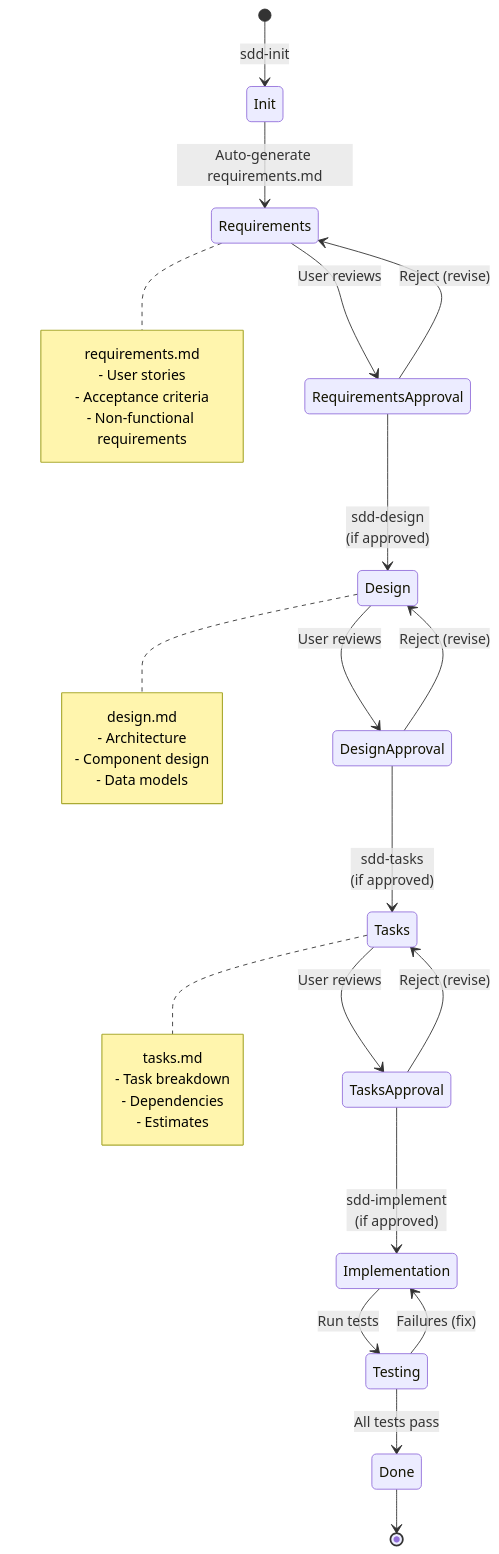
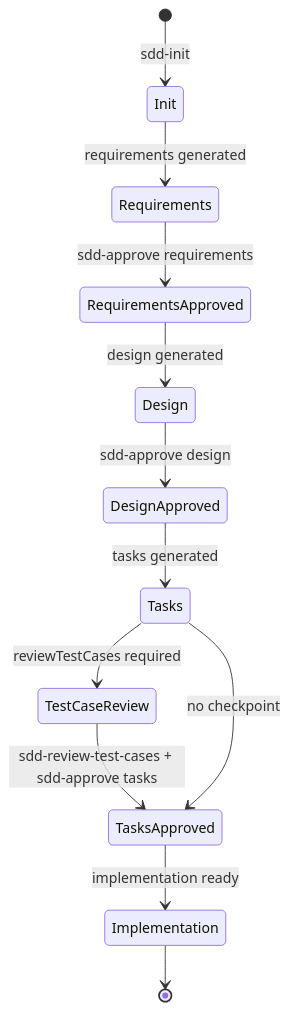
The fourth of 9 diagrams in ARCHITECTURE.md (yi-john-huang/sdd-mcp), drawn with Mermaid before and after one commit. The commit also changed other lines of this file and 31 other files, not shown here.

````diff
--- a/ARCHITECTURE.md
+++ b/ARCHITECTURE.md
@@ -341,45 +273,14 @@
 ```mermaid
 stateDiagram-v2
     [*] --> Init: sdd-init
-    
-    Init --> Requirements: Auto-generate requirements.md
-    Requirements --> RequirementsApproval: User reviews
-    
-    RequirementsApproval --> Design: sdd-design<br/>(if approved)
-    RequirementsApproval --> Requirements: Reject (revise)
-    
-    Design --> DesignApproval: User reviews
-    DesignApproval --> Tasks: sdd-tasks<br/>(if approved)
-    DesignApproval --> Design: Reject (revise)
-    
-    Tasks --> TasksApproval: User reviews
-    TasksApproval --> Implementation: sdd-implement<br/>(if approved)
-    TasksApproval --> Tasks: Reject (revise)
-    
-    Implementation --> Testing: Run tests
-    Testing --> Done: All tests pass
-    Testing --> Implementation: Failures (fix)
-    
-    Done --> [*]
-    
-    note right of Requirements
-        requirements.md
-        - User stories
-        - Acceptance criteria
-        - Non-functional requirements
-    end note
-    
-    note right of Design
-        design.md
-        - Architecture
-        - Component design
-        - Data models
-    end note
-    
-    note right of Tasks
-        tasks.md
-        - Task breakdown
-        - Dependencies
-        - Estimates
-    end note
+    Init --> Requirements: requirements generated
+    Requirements --> RequirementsApproved: sdd-approve requirements
+    RequirementsApproved --> Design: design generated
+    Design --> DesignApproved: sdd-approve design
+    DesignApproved --> Tasks: tasks generated
+    Tasks --> TestCaseReview: reviewTestCases required
+    TestCaseReview --> TasksApproved: sdd-review-test-cases + sdd-approve tasks
+    Tasks --> TasksApproved: no checkpoint
+    TasksApproved --> Implementation: implementation ready
+    Implementation --> [*]
 ```
````
